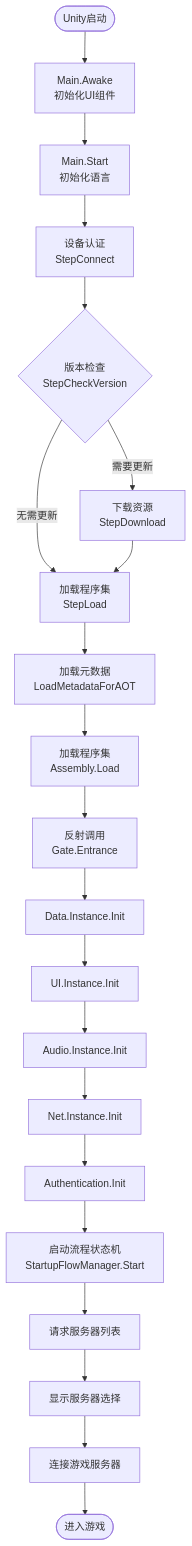
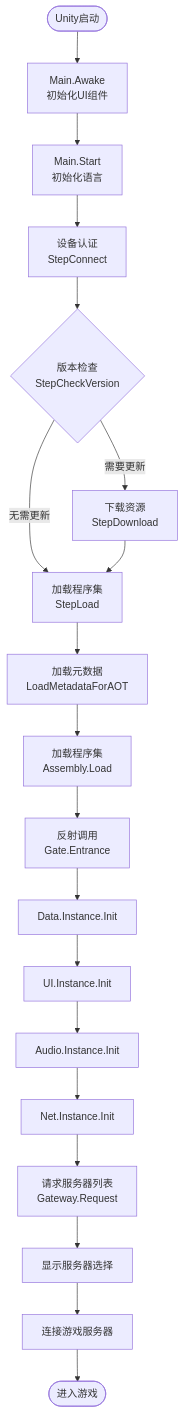
Before and after one commit to zlex001/LOA-Client: the second of 2 diagrams in Documents/Architecture/启动流程详解.md, drawn with Mermaid. The commit also changed other lines of this file and 16 other files, not shown here.

````diff
--- a/Documents/Architecture/启动流程详解.md
+++ b/Documents/Architecture/启动流程详解.md
@@ -384,27 +346,24 @@
 ```mermaid
 flowchart TD
     Start([Unity启动]) --> Awake[Main.Awake<br/>初始化UI组件]
     Awake --> StartMethod[Main.Start<br/>初始化语言]
     StartMethod --> Auth[设备认证<br/>StepConnect]
     Auth --> CheckVer{版本检查<br/>StepCheckVersion}
     
     CheckVer -->|需要更新| Download[下载资源<br/>StepDownload]
     CheckVer -->|无需更新| Load[加载程序集<br/>StepLoad]
     Download --> Load
     
     Load --> Metadata[加载元数据<br/>LoadMetadataForAOT]
     Metadata --> Assembly[加载程序集<br/>Assembly.Load]
     Assembly --> Gate[反射调用<br/>Gate.Entrance]
     
     Gate --> InitData[Data.Instance.Init]
     InitData --> InitUI[UI.Instance.Init]
     InitUI --> InitAudio[Audio.Instance.Init]
     InitAudio --> InitNet[Net.Instance.Init]
-    InitNet --> InitAuth[Authentication.Init]
-    InitAuth --> StartFlow[启动流程状态机<br/>StartupFlowManager.Start]
-    
-    StartFlow --> RequestGW[请求服务器列表]
+    InitNet --> RequestGW[请求服务器列表<br/>Gateway.Request]
     RequestGW --> ShowServer[显示服务器选择]
     ShowServer --> ConnectGame[连接游戏服务器]
     ConnectGame --> EnterGame([进入游戏])
 ```
````
